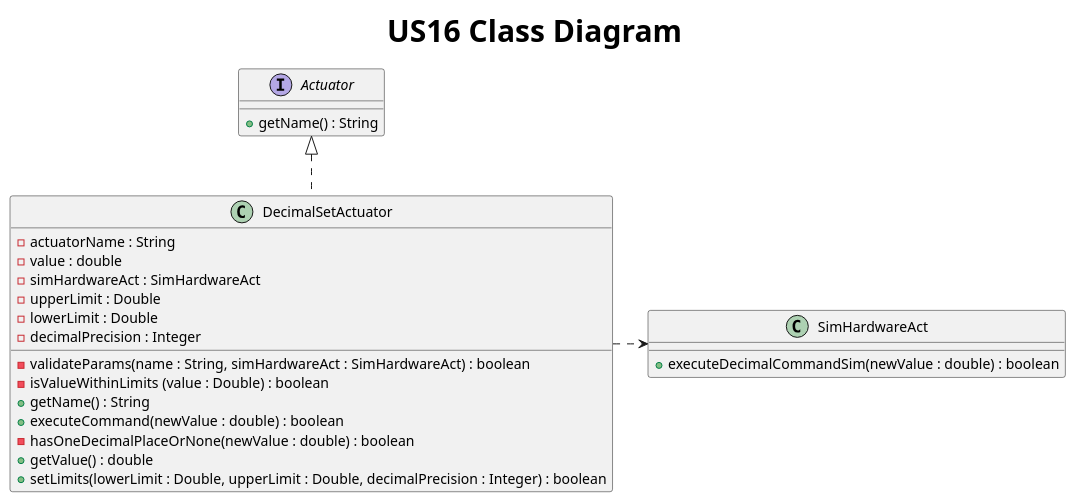
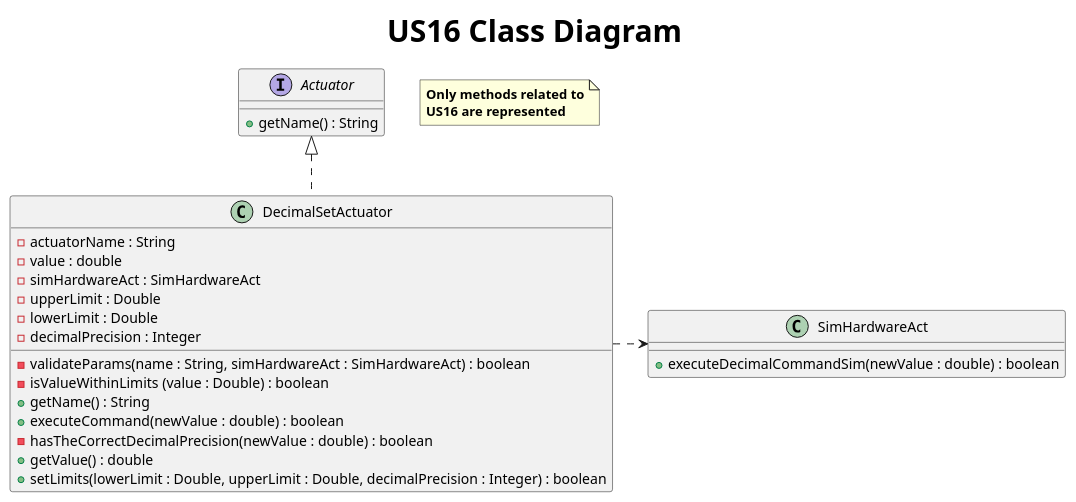
Before and after one commit to AfonsoNeves77/smartHouse: the diagram in Docs/US16/S3US16ClassDiagram.puml, drawn with PlantUML.

Commit message:
Updated the Class diagram for US16 - Updated one of the methods' name + added a note to say that only methods that were used are presented "...sensor that gives the status of a binary switch (ON/OFF).".

```diff
--- a/Docs/US16/S3US16ClassDiagram.puml
+++ b/Docs/US16/S3US16ClassDiagram.puml
@@ -1,31 +1,32 @@
 @startuml
 title <size: 30> US16 Class Diagram
 
+note "<b>Only methods related to\n<b>US16 are represented" as 1
 interface Actuator {
     + getName() : String
 }
 
 class DecimalSetActuator{
     - actuatorName : String
     - value : double
     - simHardwareAct : SimHardwareAct
     - upperLimit : Double
     - lowerLimit : Double
     - decimalPrecision : Integer
 
     - validateParams(name : String, simHardwareAct : SimHardwareAct) : boolean
     - isValueWithinLimits (value : Double) : boolean
     + getName() : String
     + executeCommand(newValue : double) : boolean
-    - hasOneDecimalPlaceOrNone(newValue : double) : boolean
+    - hasTheCorrectDecimalPrecision(newValue : double) : boolean
     + getValue() : double
     + setLimits(lowerLimit : Double, upperLimit : Double, decimalPrecision : Integer) : boolean
 }
 
 class SimHardwareAct {
     + executeDecimalCommandSim(newValue : double) : boolean
 }
 
 Actuator <|.. DecimalSetActuator
 DecimalSetActuator .right.> SimHardwareAct
 @enduml
```
